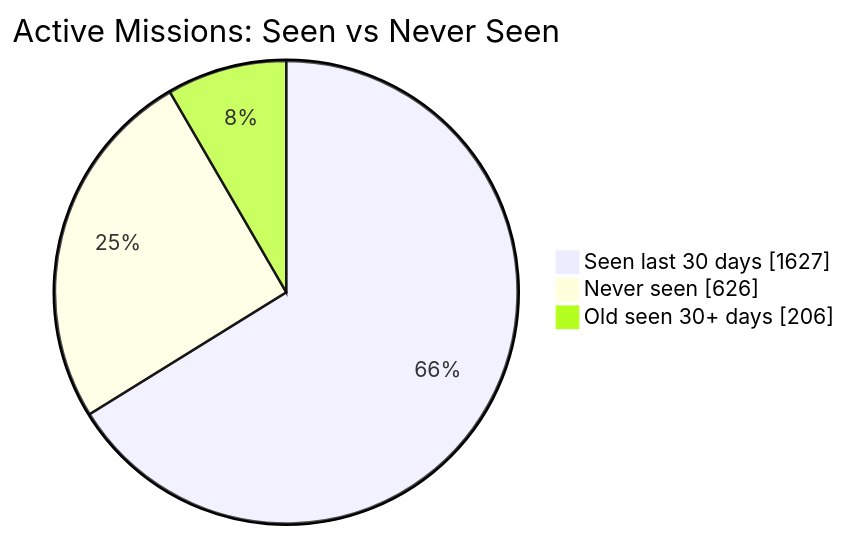
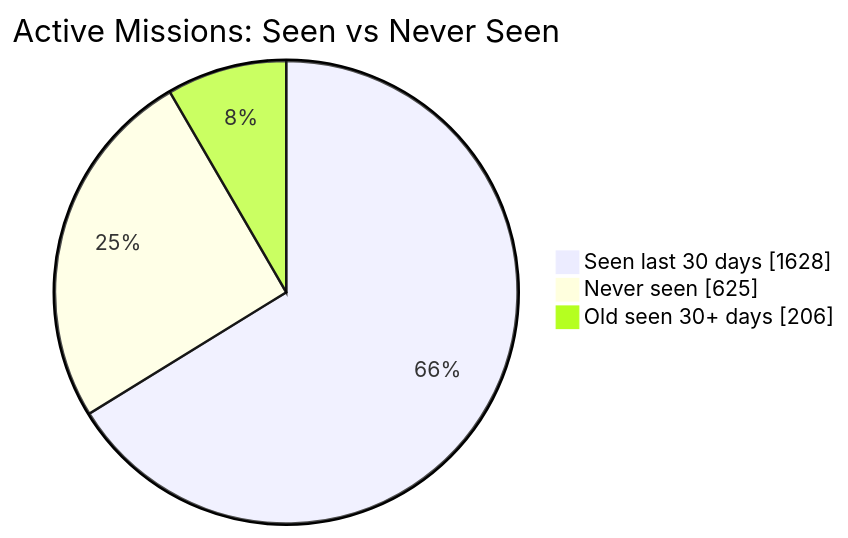
Before and after one commit to MeldkamerspelGameTeam/active-missions: the first of 2 diagrams in README.md, drawn with Mermaid. The commit also changed other lines of this file and 2 other files, not shown here.

````diff
--- a/README.md
+++ b/README.md
@@ -34,7 +34,7 @@
 ```mermaid
 pie showData
     title Active Missions: Seen vs Never Seen
-    "Seen last 30 days" : 1627
-    "Never seen" : 626
+    "Seen last 30 days" : 1628
+    "Never seen" : 625
     "Old seen 30+ days" : 206
 ```
````
